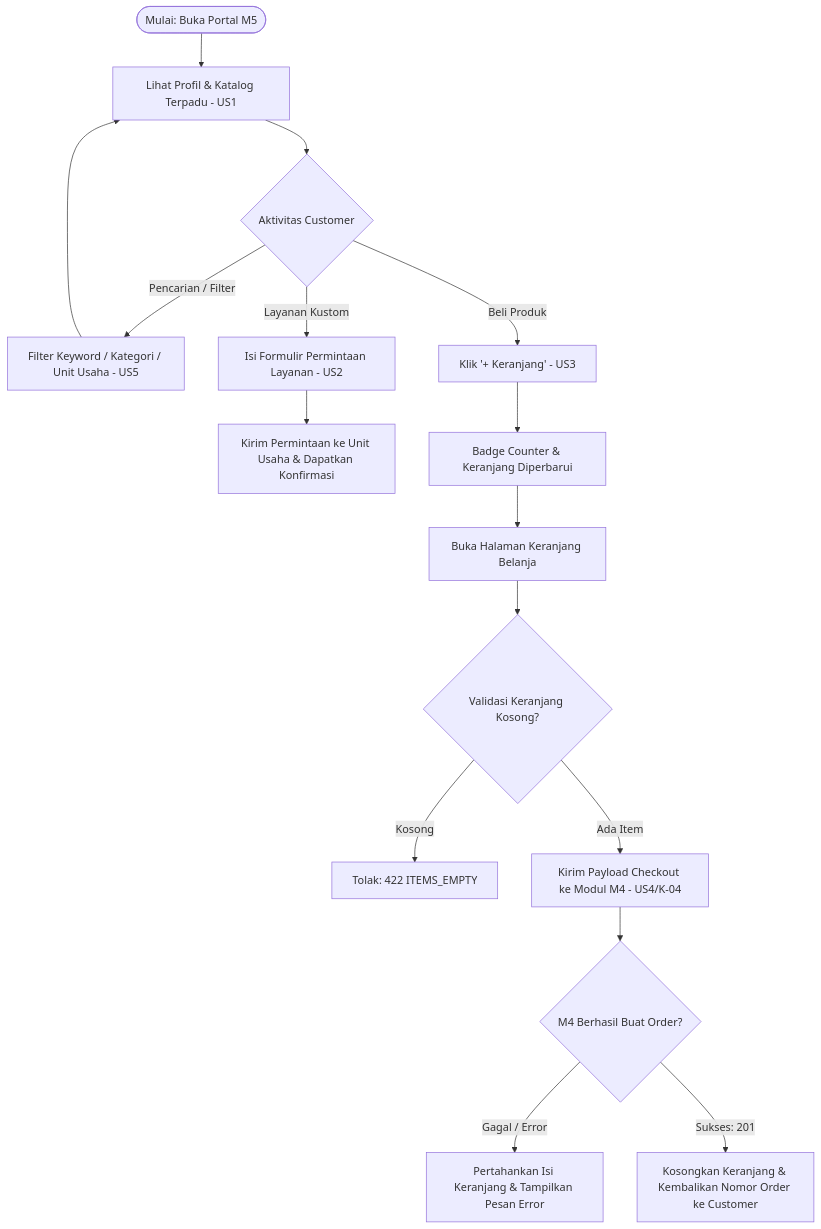
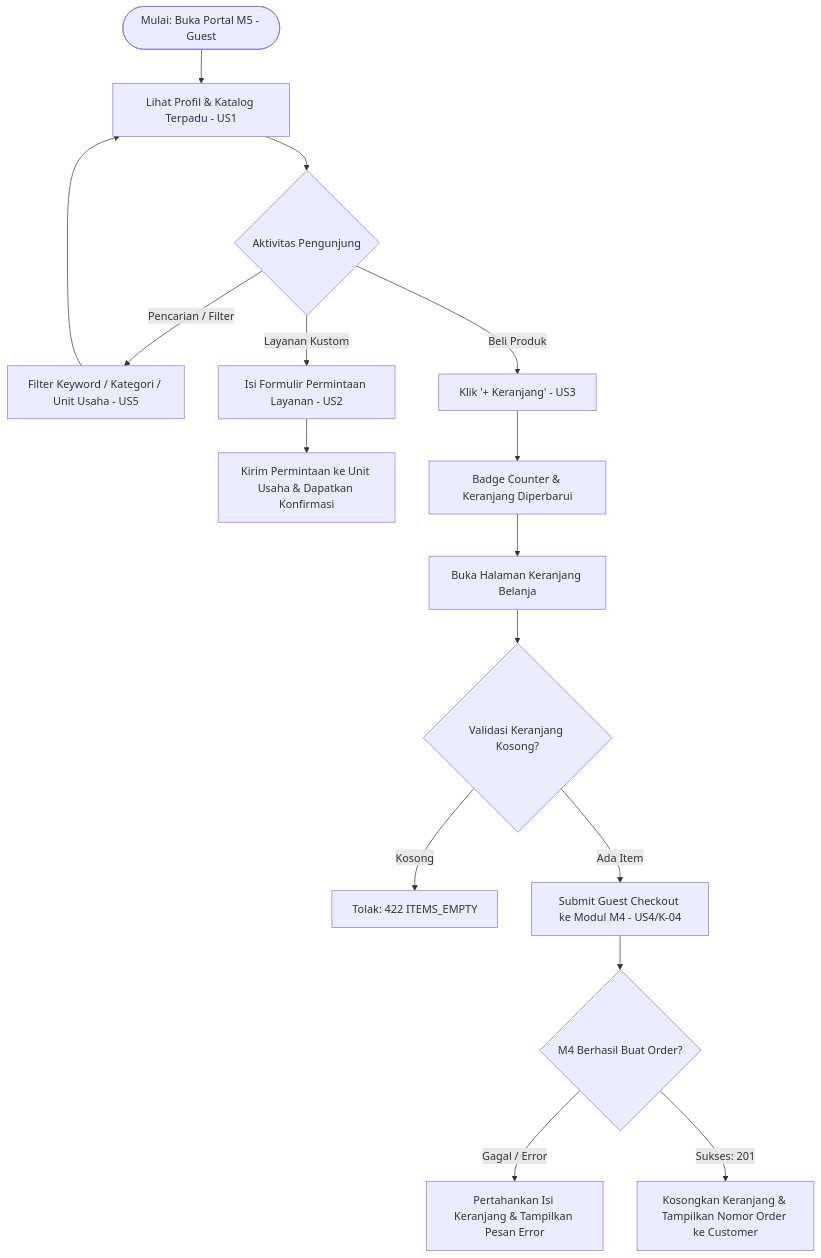
The first of 2 diagrams in docs/PRD_M5.md (emmirfahrezi/modul5ppl_BE), drawn with Mermaid before and after one commit. The commit also changed other lines of this file and 1 other file, not shown here.

Commit message:
docs: update PRD and task list to v1.2 reflecting Full Guest Checkout model

````diff
--- a/docs/PRD_M5.md
+++ b/docs/PRD_M5.md
@@ -137,21 +141,21 @@
 ```mermaid
 flowchart TD
-    A([Mulai: Buka Portal M5]) --> B[Lihat Profil & Katalog Terpadu - US1]
-    B --> C{Aktivitas Customer}
+    A([Mulai: Buka Portal M5 - Guest]) --> B[Lihat Profil & Katalog Terpadu - US1]
+    B --> C{Aktivitas Pengunjung}
     
     C -->|Pencarian / Filter| D[Filter Keyword / Kategori / Unit Usaha - US5]
     D --> B
     
     C -->|Layanan Kustom| E[Isi Formulir Permintaan Layanan - US2]
     E --> F[Kirim Permintaan ke Unit Usaha & Dapatkan Konfirmasi]
     
     C -->|Beli Produk| G[Klik '+ Keranjang' - US3]
     G --> H[Badge Counter & Keranjang Diperbarui]
     H --> I[Buka Halaman Keranjang Belanja]
     I --> J{Validasi Keranjang Kosong?}
     J -->|Kosong| K[Tolak: 422 ITEMS_EMPTY]
-    J -->|Ada Item| L[Kirim Payload Checkout ke Modul M4 - US4/K-04]
+    J -->|Ada Item| L[Submit Guest Checkout ke Modul M4 - US4/K-04]
     L --> M{M4 Berhasil Buat Order?}
     M -->|Gagal / Error| N[Pertahankan Isi Keranjang & Tampilkan Pesan Error]
-    M -->|Sukses: 201| O[Kosongkan Keranjang & Kembalikan Nomor Order ke Customer]
+    M -->|Sukses: 201| O[Kosongkan Keranjang & Tampilkan Nomor Order ke Customer]
 ```
````
